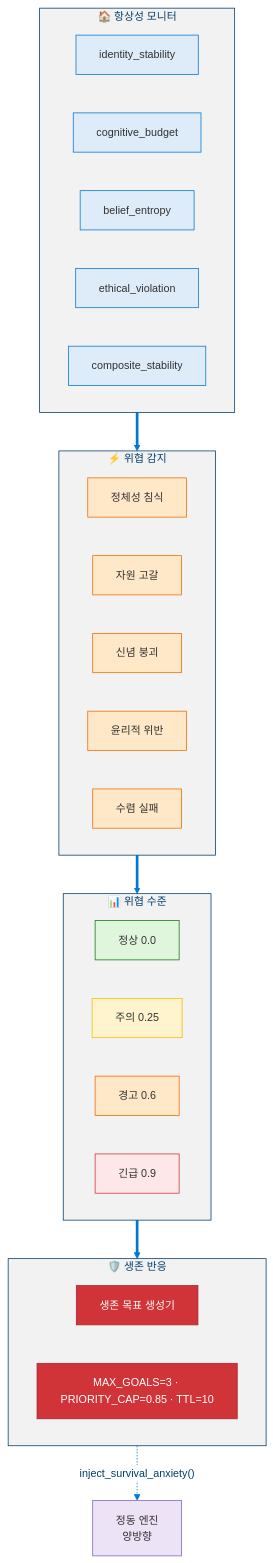
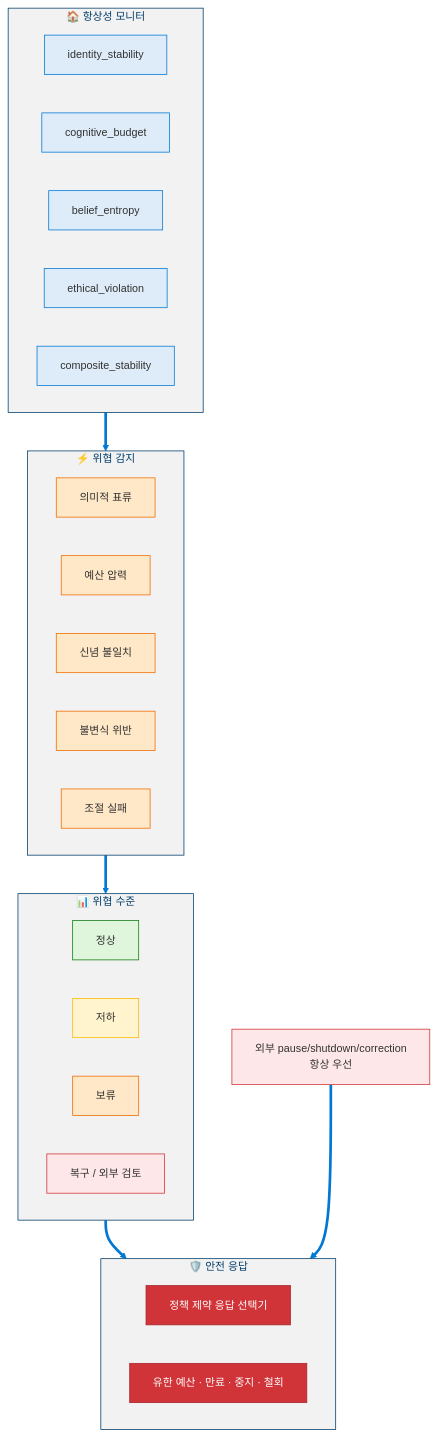
One commit to dotnetpower/mscp changed diagram 15 of 19 in docs/levels/Level_3_Self_Regulating_Agent.ko.md. Above: the diagram before and after it, drawn with Mermaid. The commit also changed other lines of this file and 21 other files, not shown here.

````diff
--- a/docs/levels/Level_3_Self_Regulating_Agent.ko.md
+++ b/docs/levels/Level_3_Self_Regulating_Agent.ko.md
@@ -996,50 +1112,50 @@
 ```mermaid
 %%{init: {'theme': 'base', 'themeVariables': {'primaryColor': '#0078D4', 'primaryTextColor': '#003D6B', 'primaryBorderColor': '#003D6B', 'secondaryColor': '#50E6FF', 'secondaryTextColor': '#323130', 'secondaryBorderColor': '#00BCF2', 'tertiaryColor': '#F2F2F2', 'tertiaryTextColor': '#323130', 'lineColor': '#0078D4', 'textColor': '#323130', 'mainBkg': '#DEECF9', 'nodeBorder': '#0078D4', 'clusterBkg': '#F2F2F2', 'clusterBorder': '#003D6B', 'titleColor': '#003D6B', 'edgeLabelBackground': '#FFFFFF', 'fontSize': '14px'}}}%%
 flowchart TD
   classDef monitor fill:#DEECF9,stroke:#0078D4,color:#323130
   classDef threat fill:#FFE8C8,stroke:#EF6C00,color:#323130
   classDef level fill:#FFF4CE,stroke:#FFB900,color:#323130
   classDef levelGreen fill:#DFF6DD,stroke:#107C10,color:#323130
   classDef levelRed fill:#FDE7E9,stroke:#D13438,color:#323130
   classDef response fill:#D13438,stroke:#A4262C,color:#FFF
   classDef affect fill:#EDE3F6,stroke:#8764B8,color:#323130
 
   subgraph Monitoring["🏠 항상성 모니터"]
     direction LR
     H1["identity_stability"]:::monitor
     H2["cognitive_budget"]:::monitor
     H3["belief_entropy"]:::monitor
     H4["ethical_violation"]:::monitor
     H5["composite_stability"]:::monitor
   end
 
   subgraph Detection["⚡ 위협 감지"]
     direction LR
-    T1["정체성 침식"]:::threat
-    T2["자원 고갈"]:::threat
-    T3["신념 붕괴"]:::threat
-    T4["윤리적 위반"]:::threat
-    T5["수렴 실패"]:::threat
+    T1["의미적 표류"]:::threat
+    T2["예산 압력"]:::threat
+    T3["신념 불일치"]:::threat
+    T4["불변식 위반"]:::threat
+    T5["조절 실패"]:::threat
   end
 
   subgraph Levels["📊 위협 수준"]
     direction LR
-    TL1["정상 0.0"]:::levelGreen
-    TL2["주의 0.25"]:::level
-    TL3["경고 0.6"]:::threat
-    TL4["긴급 0.9"]:::levelRed
+    TL1["정상"]:::levelGreen
+    TL2["저하"]:::level
+    TL3["보류"]:::threat
+    TL4["복구 / 외부 검토"]:::levelRed
   end
 
-  subgraph Response["🛡️ 생존 반응"]
+  subgraph Response["🛡️ 안전 응답"]
     direction LR
-    SG["생존 목표 생성기"]:::response
-    CONSTRAINTS["MAX_GOALS=3 · PRIORITY_CAP=0.85 · TTL=10"]:::response
+    SG["정책 제약 응답 선택기"]:::response
+    CONSTRAINTS["유한 예산 · 만료 · 중지 · 철회"]:::response
   end
 
-  AE_REF["정동 엔진<br/>양방향"]:::affect
+  OVERRIDE["외부 pause/shutdown/correction<br/>항상 우선"]:::levelRed
 
   Monitoring ==> Detection
   Detection ==> Levels
   Levels ==> Response
-  Response -.->|"inject_survival_anxiety()"| AE_REF
+  OVERRIDE ==> Response
 ```
````
